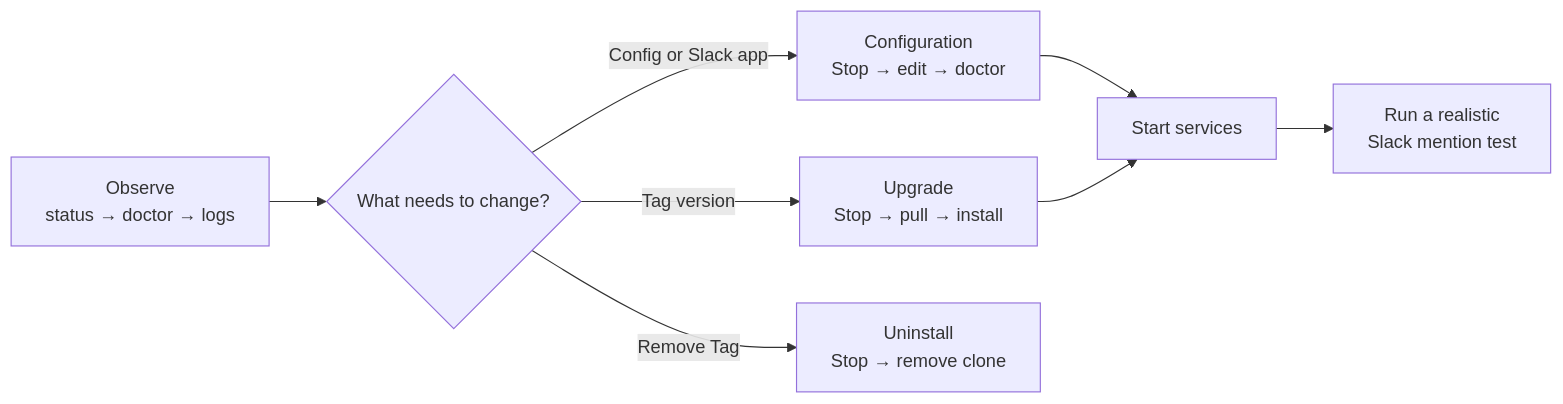
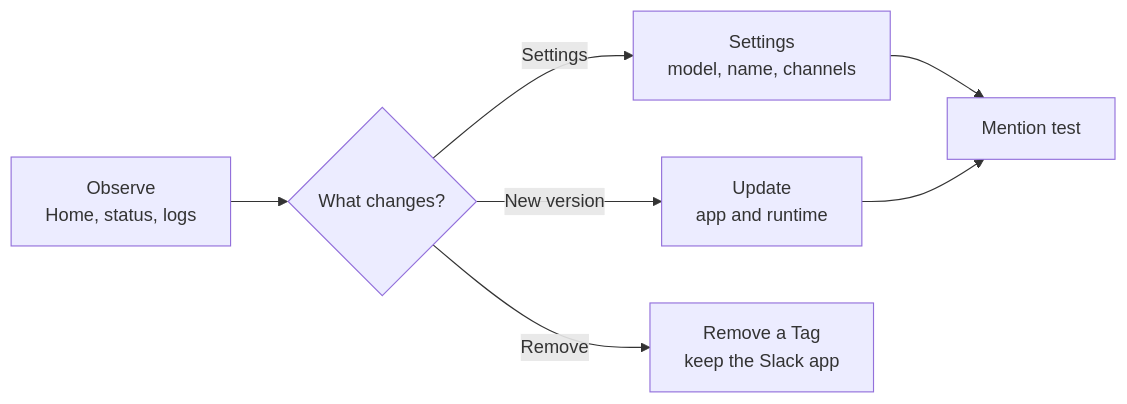
Before and after one commit to klovr-co/hover-tag: diagram 15 of 16 in docs/user-flows.md, drawn with Mermaid. The commit also changed other lines of this file and 48 other files, not shown here.

````diff
--- a/docs/user-flows.md
+++ b/docs/user-flows.md
@@ -617,15 +547,14 @@
 ```mermaid
 flowchart LR
-    Observe["Observe<br/>status → doctor → logs"]
-    Change{"What needs to change?"}
-    Config["Configuration<br/>Stop → edit → doctor"]
-    Upgrade["Upgrade<br/>Stop → pull → install"]
-    Remove["Uninstall<br/>Stop → remove clone"]
-    Start["Start services"]
-    Smoke["Run a realistic<br/>Slack mention test"]
+    Observe["Observe<br/>Home, status, logs"]
+    Change{"What changes?"}
+    Settings["Settings<br/>model, name, channels"]
+    Upgrade["Update<br/>app and runtime"]
+    Remove["Remove a Tag<br/>keep the Slack app"]
+    Smoke["Mention test"]
 
     Observe --> Change
-    Change -->|Config or Slack app| Config --> Start --> Smoke
-    Change -->|Tag version| Upgrade --> Start
-    Change -->|Remove Tag| Remove
+    Change -->|Settings| Settings --> Smoke
+    Change -->|New version| Upgrade --> Smoke
+    Change -->|Remove| Remove
 ```
````
